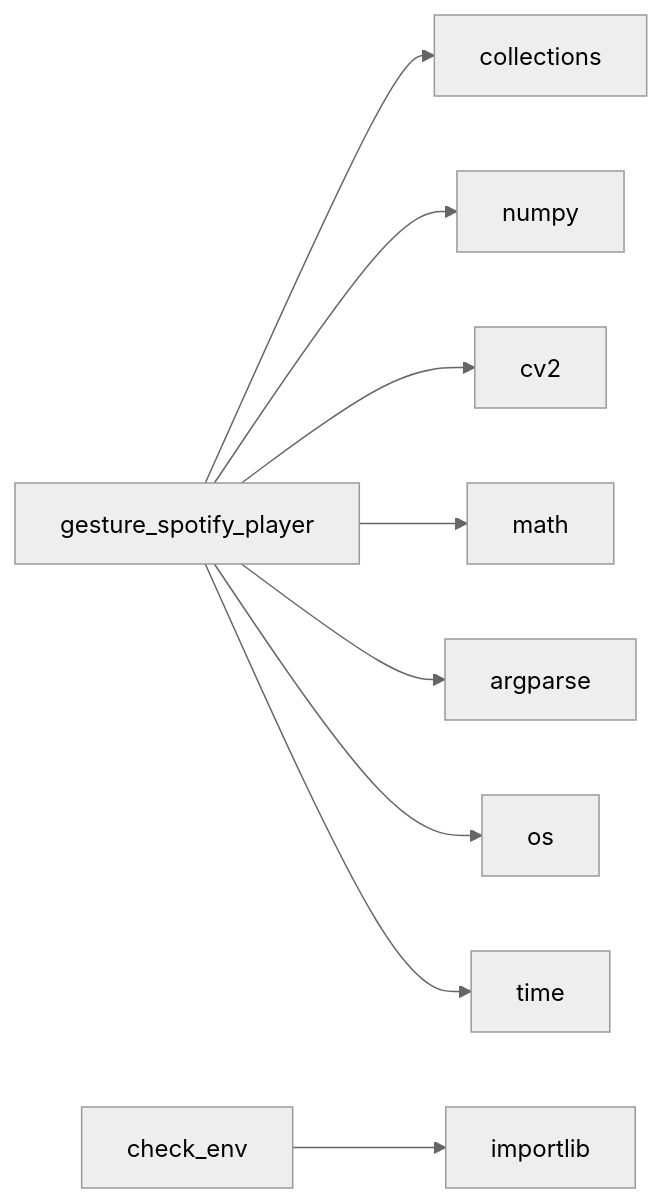
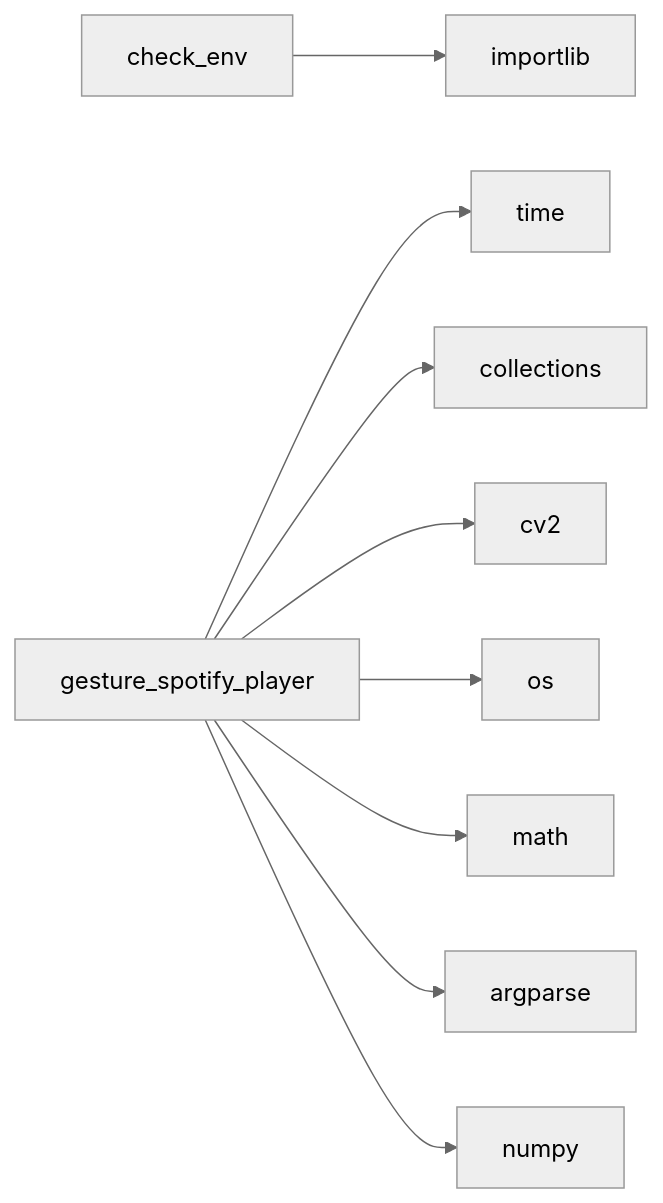
The second of 2 diagrams in README.md (NITISH-R-G/PalmPlay1), drawn with Mermaid (neutral theme) before and after one commit. The commit also changed other lines of this file and 3 other files, not shown here.

Commit message:
docs: update repository documentation and diagrams [skip ci]

````diff
--- a/README.md
+++ b/README.md
@@ -60,15 +60,15 @@
 ```mermaid
 graph LR
+    check_env[check_env]
+    check_env --> importlib[importlib]
     gesture_spotify_player[gesture_spotify_player]
+    gesture_spotify_player --> time[time]
     gesture_spotify_player --> collections[collections]
-    gesture_spotify_player --> numpy[numpy]
     gesture_spotify_player --> cv2[cv2]
+    gesture_spotify_player --> os[os]
     gesture_spotify_player --> math[math]
     gesture_spotify_player --> argparse[argparse]
-    gesture_spotify_player --> os[os]
-    gesture_spotify_player --> time[time]
-    check_env[check_env]
-    check_env --> importlib[importlib]
+    gesture_spotify_player --> numpy[numpy]
+    click check_env href "https://github.com/NITISH-R-G/PalmPlay1/blob/main/check_env.py" "View source code"
     click gesture_spotify_player href "https://github.com/NITISH-R-G/PalmPlay1/blob/main/gesture_spotify_player.py" "View source code"
-    click check_env href "https://github.com/NITISH-R-G/PalmPlay1/blob/main/check_env.py" "View source code"
 ```
````
